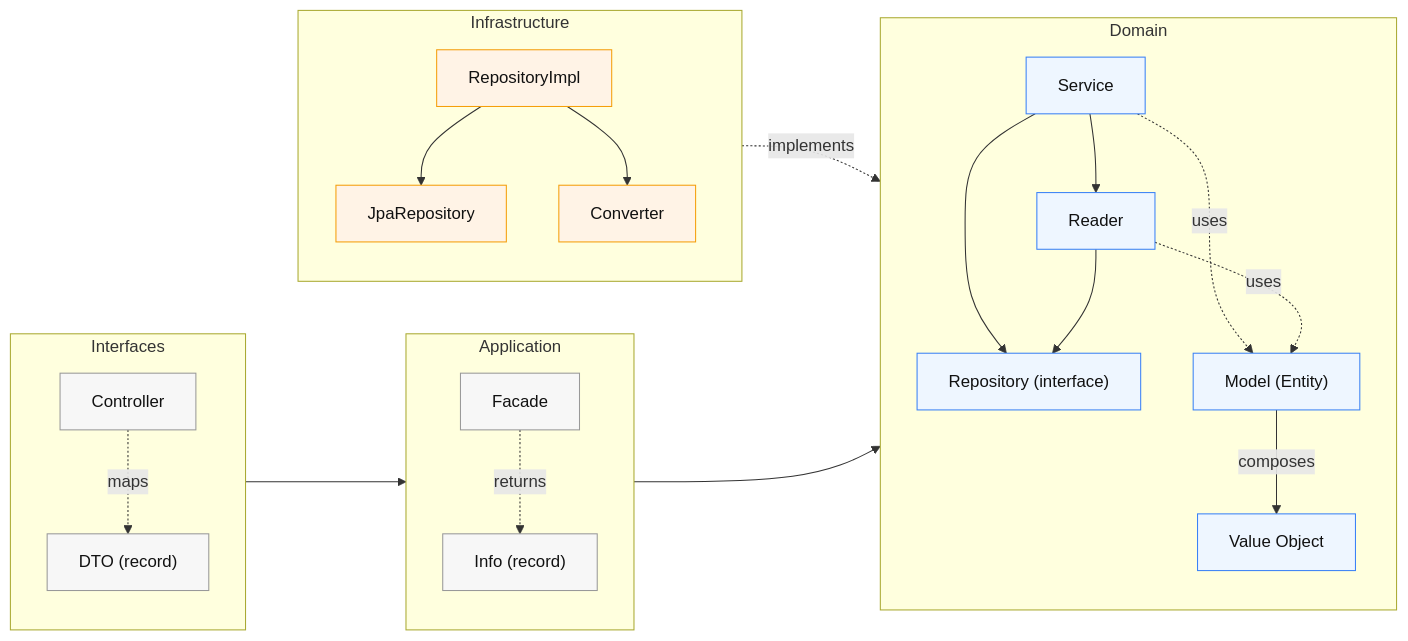
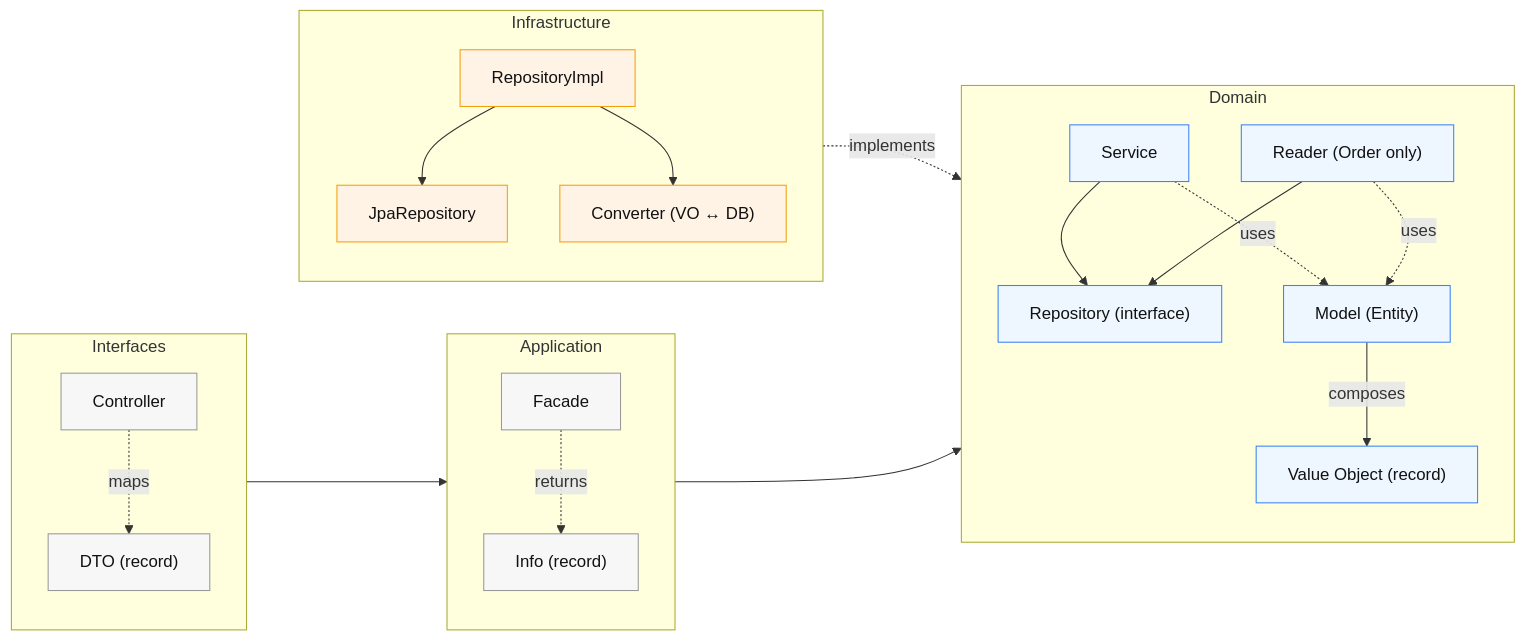
The eighth of 8 diagrams in docs/design/03-class-diagram.md (YoHanKi/loop-pack-be-l2-vol3-java), drawn with Mermaid before and after one commit. The commit also changed other lines of this file and 2 other files, not shown here.

````diff
--- a/docs/design/03-class-diagram.md
+++ b/docs/design/03-class-diagram.md
@@ -536,65 +564,63 @@
 ```mermaid
 flowchart LR
 %% ===== Layers =====
     subgraph I["Interfaces"]
         direction TB
         C["Controller"]
         DTO["DTO (record)"]
     end
 
     subgraph A["Application"]
         direction TB
         F["Facade"]
         INFO["Info (record)"]
     end
 
     subgraph D["Domain"]
         direction TB
         S["Service"]
-        R["Reader"]
+        R["Reader (Order only)"]
         M["Model (Entity)"]
-        VO["Value Object"]
+        VO["Value Object (record)"]
         REPO["Repository (interface)"]
     end
 
     subgraph INF["Infrastructure"]
         direction TB
         REPOIMPL["RepositoryImpl"]
         JPA["JpaRepository"]
-        CONV["Converter"]
+        CONV["Converter (VO ↔ DB)"]
     end
 
 %% ===== Main dependency flow =====
     C --> F
     C -. "maps" .-> DTO
 
     F --> S
     F -. "returns" .-> INFO
 
-%% Service owns orchestration (including reads)
-    S --> R
+%% Service uses Repository directly (Reader only in Order domain)
     S --> REPO
     R --> REPO
 
 %% Port/Adapter (implements)
     REPOIMPL -. "implements" .-> REPO
 
 %% Infra details
     REPOIMPL --> JPA
     REPOIMPL --> CONV
 
-%% Domain composition (expressed in flowchart terms)
+%% Domain composition
     S -. "uses" .-> M
     R -. "uses" .-> M
     M -->|composes| VO
 
-%% ===== Styling (light) =====
+%% ===== Styling =====
     classDef layer fill:#f7f7f7,stroke:#999,stroke-width:1px,color:#111;
     classDef domain fill:#eef6ff,stroke:#3b82f6,stroke-width:1px,color:#111;
     classDef infra fill:#fff3e6,stroke:#f59e0b,stroke-width:1px,color:#111;
 
     class C,DTO,F,INFO layer;
     class S,R,M,VO,REPO domain;
     class REPOIMPL,JPA,CONV infra;
-
 ```
````
